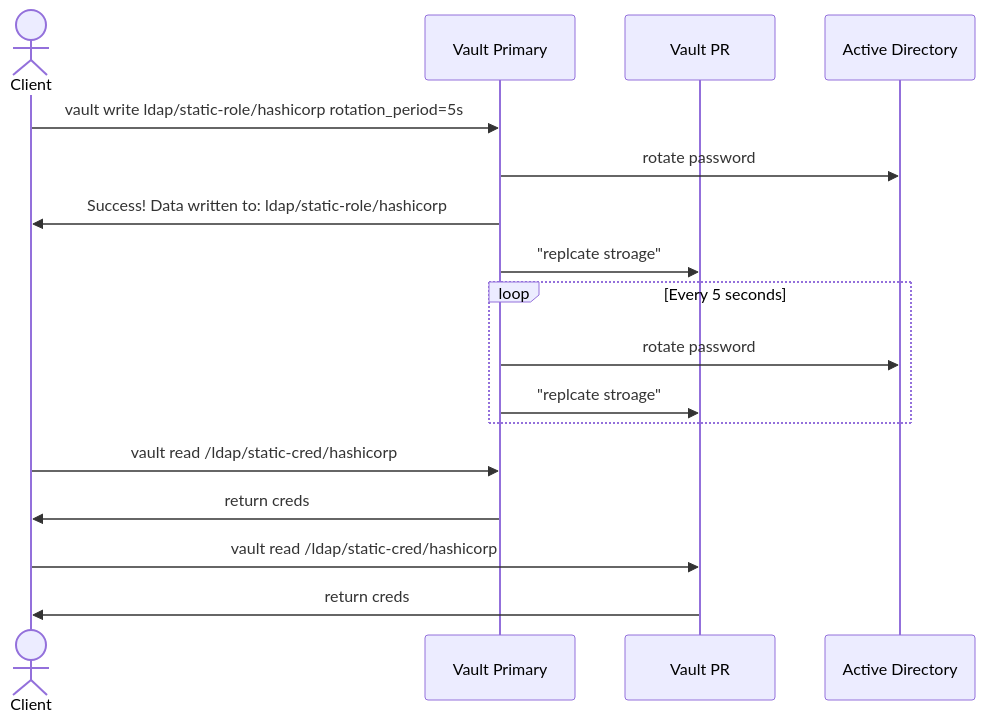
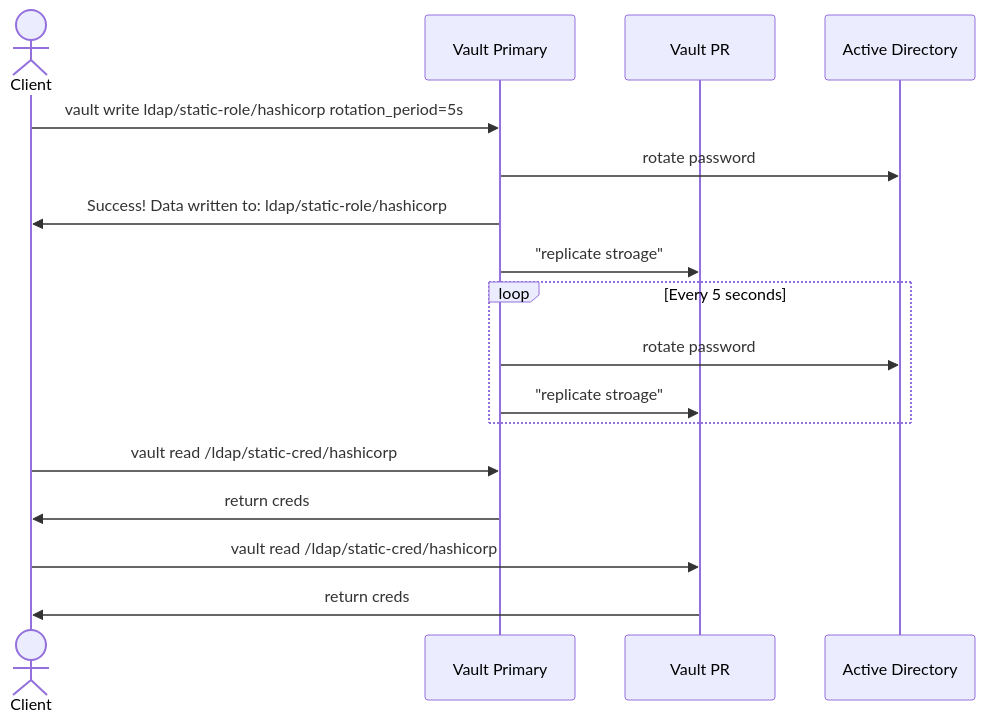
One commit to tallen-hashicorp/vault-pr-ad-testing changed the third of 3 diagrams in README.md. Above: the diagram before and after it, drawn with Mermaid. The commit also changed other lines of this file and 3 other files, not shown here.

````diff
--- a/README.md
+++ b/README.md
@@ -218,19 +220,19 @@
 ```mermaid
 sequenceDiagram
     actor c as Client
     participant vp as Vault Primary
     participant vpr as Vault PR
     participant ad as Active Directory
     c->>vp: vault write ldap/static-role/hashicorp rotation_period=5s
     vp->>ad: rotate password
     vp->>c: Success! Data written to: ldap/static-role/hashicorp
-    vp->>vpr: "replcate stroage"
+    vp->>vpr: "replicate stroage"
     loop Every 5 seconds
         vp->>ad: rotate password
-        vp->>vpr: "replcate stroage"
+        vp->>vpr: "replicate stroage"
     end
     c->>vp:vault read /ldap/static-cred/hashicorp
     vp->>c:return creds
     c->>vpr:vault read /ldap/static-cred/hashicorp
     vpr->>c:return creds
 ```
````
